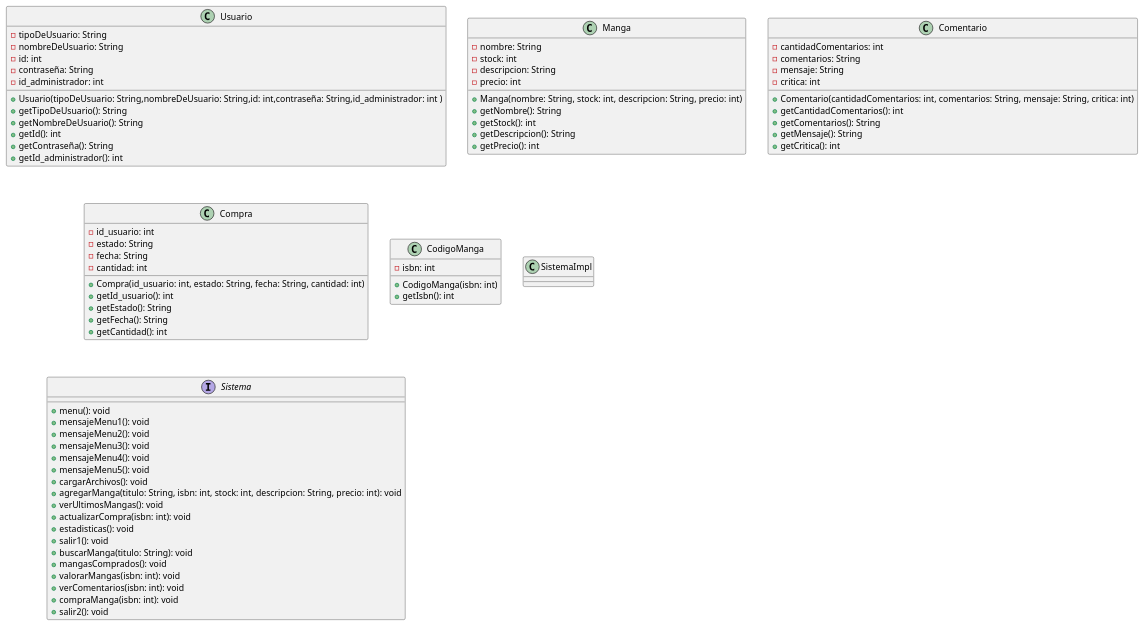
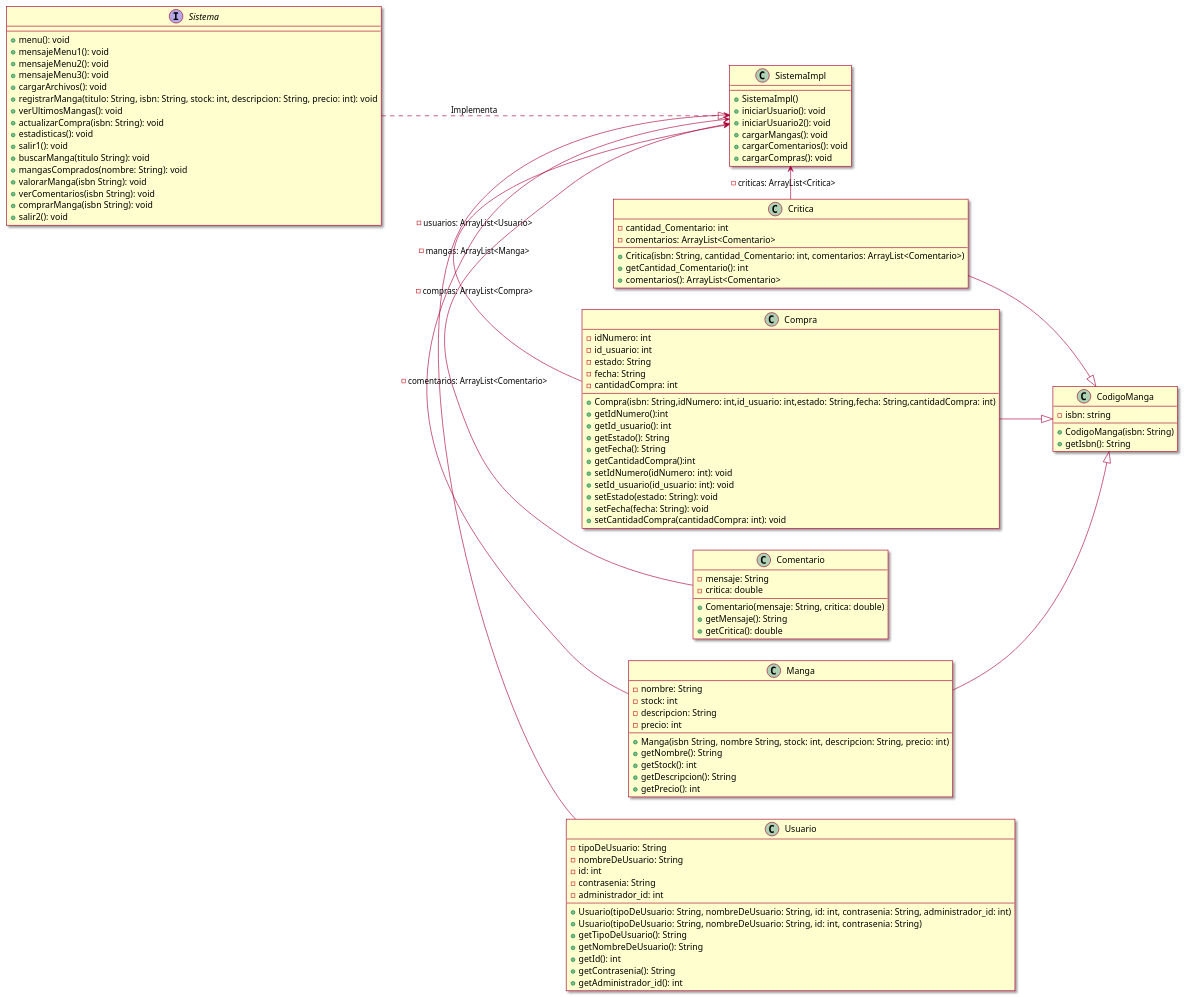
Before and after one commit to vidente130/Taller-N-3: the diagram in src/VentaManga.puml, drawn with PlantUML.

Commit message:
Diagrama de clases actualizado
xd

```diff
--- a/src/VentaManga.puml
+++ b/src/VentaManga.puml
@@ -1,82 +1,118 @@
 @startuml
 
-class Usuario{
-- tipoDeUsuario: String
-- nombreDeUsuario: String
-- id: int
-- contraseña: String
-- id_administrador: int
-+ Usuario(tipoDeUsuario: String,nombreDeUsuario: String,id: int,contraseña: String,id_administrador: int )
-+ getTipoDeUsuario(): String
-+ getNombreDeUsuario(): String
-+ getId(): int
-+ getContraseña(): String
-+ getId_administrador(): int
+skin rose
+left to right direction
+
+class CodigoManga{
+-isbn: string
++CodigoManga(isbn: String)
++getIsbn(): String
 }
+
+class Comentario{
+-mensaje: String
+-critica: double
++Comentario(mensaje: String, critica: double)
++getMensaje(): String
++getCritica(): double
+}
+
+class Compra{
+-idNumero: int
+-id_usuario: int
+-estado: String
+-fecha: String
+-cantidadCompra: int
++Compra(isbn: String,idNumero: int,id_usuario: int,estado: String,fecha: String,cantidadCompra: int)
++getIdNumero():int
++getId_usuario(): int
++getEstado(): String
++getFecha(): String
++getCantidadCompra():int
++setIdNumero(idNumero: int): void
++setId_usuario(id_usuario: int): void
++setEstado(estado: String): void
++setFecha(fecha: String): void
++setCantidadCompra(cantidadCompra: int): void
+}
+
+class Critica{
+-cantidad_Comentario: int
+-comentarios: ArrayList<Comentario>
++Critica(isbn: String, cantidad_Comentario: int, comentarios: ArrayList<Comentario>)
++getCantidad_Comentario(): int
++comentarios(): ArrayList<Comentario>
+}
+
 class Manga{
-- nombre: String
-- stock: int
-- descripcion: String
-- precio: int
-+ Manga(nombre: String, stock: int, descripcion: String, precio: int)
-+ getNombre(): String
-+ getStock(): int
-+ getDescripcion(): String
-+ getPrecio(): int
+-nombre: String
+-stock: int
+-descripcion: String
+-precio: int
++Manga(isbn String, nombre String, stock: int, descripcion: String, precio: int)
++getNombre(): String
++getStock(): int
++getDescripcion(): String
++getPrecio(): int
 }
-class Comentario{
-- cantidadComentarios: int
-- comentarios: String
-- mensaje: String
-- critica: int
-+ Comentario(cantidadComentarios: int, comentarios: String, mensaje: String, critica: int)
-+ getCantidadComentarios(): int
-+ getComentarios(): String
-+ getMensaje(): String
-+ getCritica(): int
+
+interface Sistema{
++menu(): void
++mensajeMenu1(): void
++mensajeMenu2(): void
++mensajeMenu3(): void
++cargarArchivos(): void
++registrarManga(titulo: String, isbn: String, stock: int, descripcion: String, precio: int): void
++verUltimosMangas(): void
++actualizarCompra(isbn: String): void
++estadisticas(): void
++salir1(): void
++buscarManga(titulo String): void
++mangasComprados(nombre: String): void
++valorarManga(isbn String): void
++verComentarios(isbn String): void
++comprarManga(isbn String): void
++salir2(): void
 }
-class Compra{
-- id_usuario: int
-- estado: String
-- fecha: String
-- cantidad: int
-+ Compra(id_usuario: int, estado: String, fecha: String, cantidad: int)
-+ getId_usuario(): int
-+ getEstado(): String
-+ getFecha(): String
-+ getCantidad(): int
-}
-class CodigoManga{
-- isbn: int
-+ CodigoManga(isbn: int)
-+ getIsbn(): int
-}
+
 class SistemaImpl{
 
-}
-interface Sistema{
-+ menu(): void
-+ mensajeMenu1(): void
-+ mensajeMenu2(): void
-+ mensajeMenu3(): void
-+ mensajeMenu4(): void
-+ mensajeMenu5(): void
-+ cargarArchivos(): void
-+ agregarManga(titulo: String, isbn: int, stock: int, descripcion: String, precio: int): void
-+ verUltimosMangas(): void
-+ actualizarCompra(isbn: int): void
-+ estadisticas(): void
-+ salir1(): void
-+ buscarManga(titulo: String): void
-+ mangasComprados(): void
-+ valorarMangas(isbn: int): void
-+ verComentarios(isbn: int): void
-+ compraManga(isbn: int): void
-+ salir2(): void
++SistemaImpl()
++iniciarUsuario(): void
++iniciarUsuario2(): void
++cargarMangas(): void
++cargarComentarios(): void
++cargarCompras(): void
+
 }
 
+class Usuario{
+-tipoDeUsuario: String
+-nombreDeUsuario: String
+-id: int
+-contrasenia: String
+-administrador_id: int
++Usuario(tipoDeUsuario: String, nombreDeUsuario: String, id: int, contrasenia: String, administrador_id: int)
++Usuario(tipoDeUsuario: String, nombreDeUsuario: String, id: int, contrasenia: String)
++getTipoDeUsuario(): String
++getNombreDeUsuario(): String
++getId(): int
++getContrasenia(): String
++getAdministrador_id(): int
+
+}
+
+Manga --|> CodigoManga
+Compra --|> CodigoManga
+Critica --|> CodigoManga
+Sistema ..|> SistemaImpl: Implementa
+SistemaImpl <- Usuario : -usuarios: ArrayList<Usuario>
+SistemaImpl <- Manga : -mangas: ArrayList<Manga>
+SistemaImpl <- Comentario: -comentarios: ArrayList<Comentario>
+SistemaImpl <- Compra: -compras: ArrayList<Compra>
+SistemaImpl <- Critica: -criticas: ArrayList<Critica>
 
 
 
 
 @enduml
```
